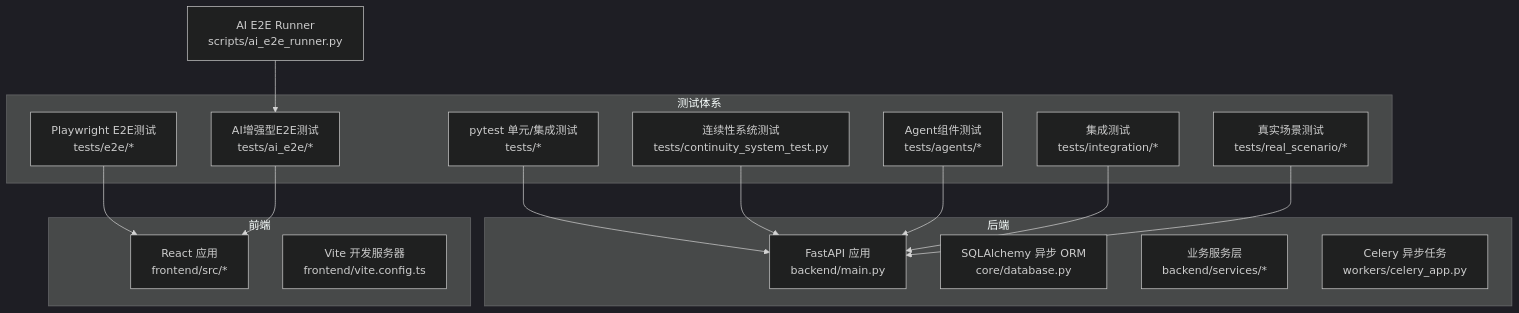
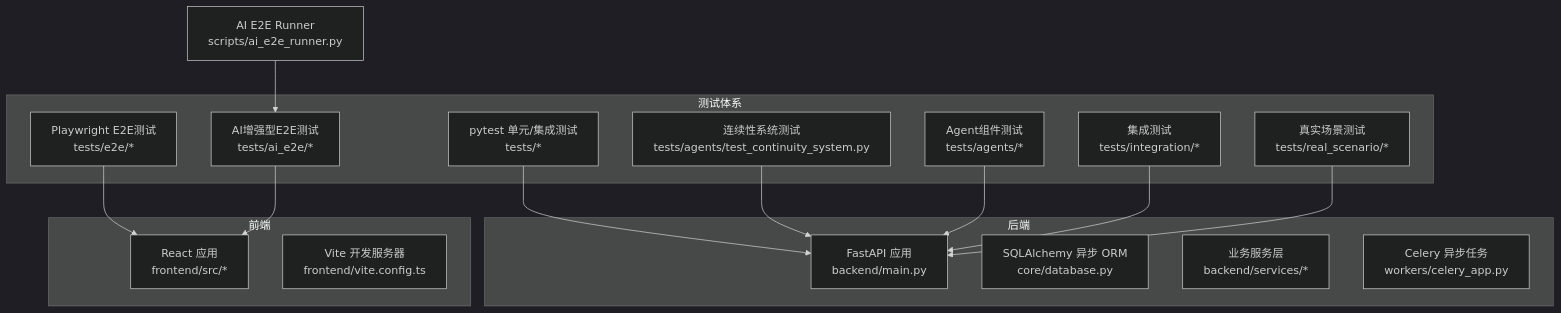
Before and after one commit to xfbyxq/ai-novel-system: the first of 8 diagrams in .qoder/repowiki/zh/content/测试策略/测试策略.md, drawn with Mermaid (dark theme). The commit also changed other lines of this file and 44 other files, not shown here.

````diff
--- a/.qoder/repowiki/zh/content/测试策略/测试策略.md
+++ b/.qoder/repowiki/zh/content/测试策略/测试策略.md
@@ -73,31 +73,31 @@
 ```mermaid
 graph TB
 subgraph "后端"
 BE_API["FastAPI 应用<br/>backend/main.py"]
 BE_DB["SQLAlchemy 异步 ORM<br/>core/database.py"]
 BE_SERVICES["业务服务层<br/>backend/services/*"]
 BE_WORKERS["Celery 异步任务<br/>workers/celery_app.py"]
 end
 subgraph "前端"
 FE_APP["React 应用<br/>frontend/src/*"]
 FE_VITE["Vite 开发服务器<br/>frontend/vite.config.ts"]
 end
 subgraph "测试体系"
 PYTEST["pytest 单元/集成测试<br/>tests/*"]
 E2E["Playwright E2E测试<br/>tests/e2e/*"]
 AI_E2E["AI增强型E2E测试<br/>tests/ai_e2e/*"]
-CONTINUITY["连续性系统测试<br/>tests/continuity_system_test.py"]
+CONTINUITY["连续性系统测试<br/>tests/agents/test_continuity_system.py"]
 AGENTS["Agent组件测试<br/>tests/agents/*"]
 INTEGRATION["集成测试<br/>tests/integration/*"]
 REAL_SCENARIO["真实场景测试<br/>tests/real_scenario/*"]
 end
 AI_RUNNER["AI E2E Runner<br/>scripts/ai_e2e_runner.py"]
 PYTEST --> BE_API
 E2E --> FE_APP
 AI_E2E --> FE_APP
 AI_RUNNER --> AI_E2E
 CONTINUITY --> BE_API
 AGENTS --> BE_API
 INTEGRATION --> BE_API
 REAL_SCENARIO --> BE_API
 ```
````
